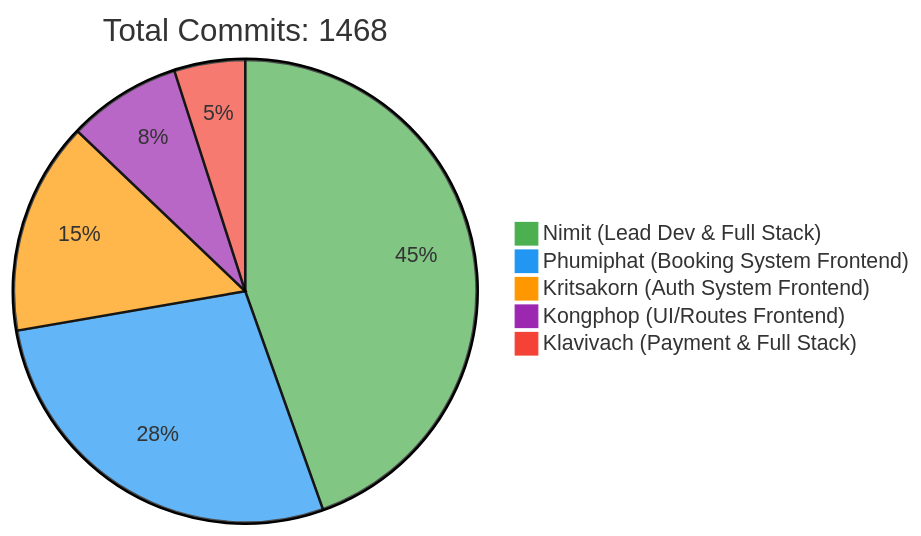
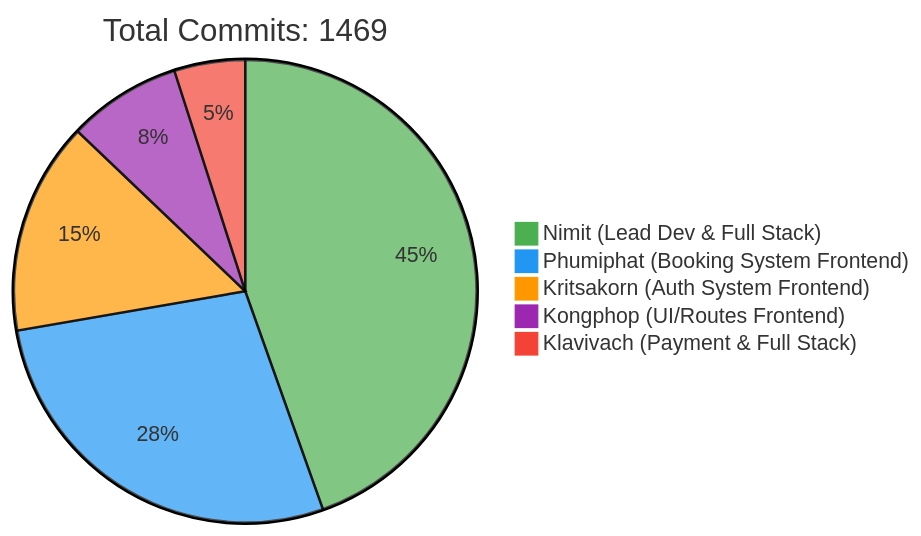
Before and after one commit to 6531503042/Sport-Complex: the first of 2 diagrams in README.md, drawn with Mermaid. The commit also changed other lines of this file, not shown here.

Commit message:
docs: Update contributor statistics [skip ci]

````diff
--- a/README.md
+++ b/README.md
@@ -257,10 +257,10 @@
 ```mermaid
 %%{init: {'theme': 'base', 'themeVariables': { 'pie1': '#4CAF50', 'pie2': '#2196F3', 'pie3': '#FF9800', 'pie4': '#9C27B0', 'pie5': '#F44336'}}}%%
 pie
-    title Total Commits: 1468
+    title Total Commits: 1469
     "Nimit (Lead Dev & Full Stack)" : 450
     "Phumiphat (Booking System Frontend)" : 280
     "Kritsakorn (Auth System Frontend)" : 150
     "Kongphop (UI/Routes Frontend)" : 80
     "Klavivach (Payment & Full Stack)" : 50
 ```
````
